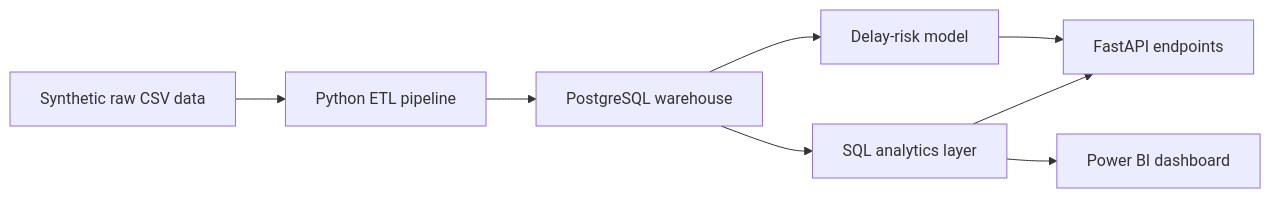
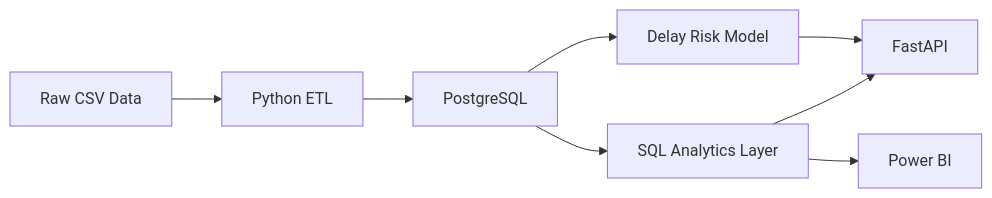
One commit to Sahil-dub/supply-chain-delay-intelligence-platform changed the first of 2 diagrams in README.md. Above: the diagram before and after it, drawn with Mermaid. The commit also changed other lines of this file, not shown here.

````diff
--- a/README.md
+++ b/README.md
@@ -39,10 +42,10 @@
 ```mermaid
 flowchart LR
-    A["Synthetic raw CSV data"] --> B["Python ETL pipeline"]
-    B --> C["PostgreSQL warehouse"]
-    C --> D["SQL analytics layer"]
-    D --> E["FastAPI endpoints"]
-    D --> F["Power BI dashboard"]
-    C --> G["Delay-risk model"]
+    A["Raw CSV Data"] --> B["Python ETL"]
+    B --> C["PostgreSQL"]
+    C --> D["SQL Analytics Layer"]
+    D --> E["FastAPI"]
+    D --> F["Power BI"]
+    C --> G["Delay Risk Model"]
     G --> E
 ```
````
